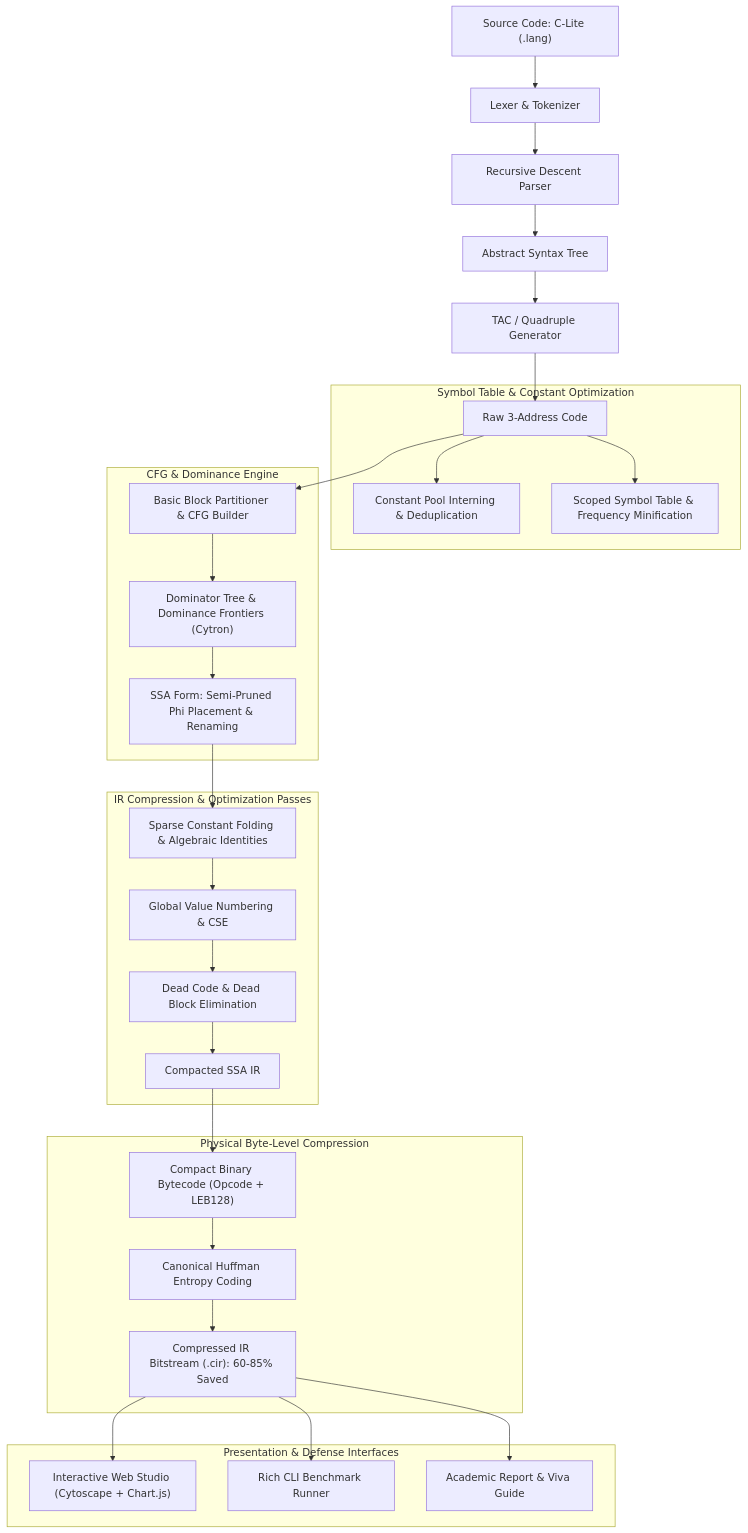
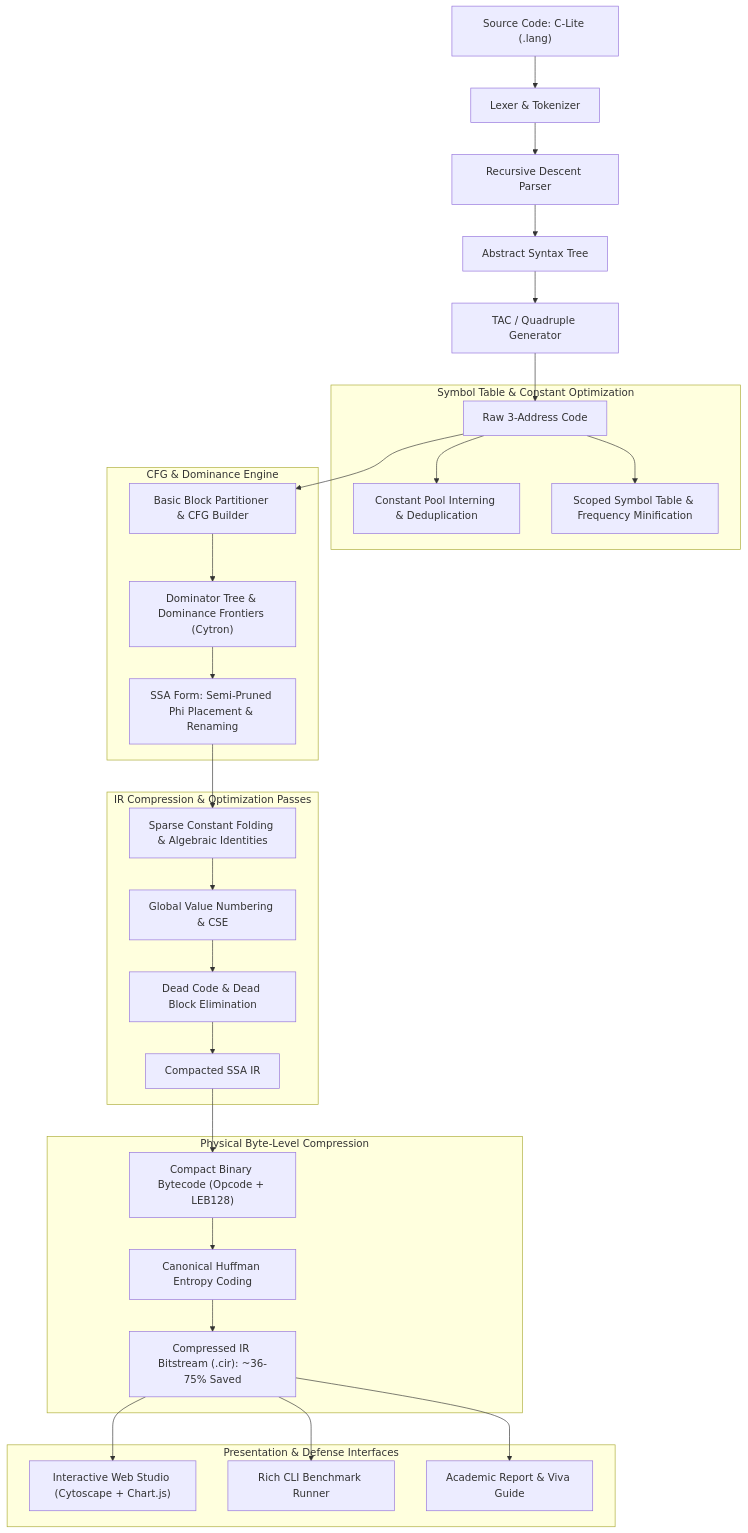
Before and after one commit to rishbCLN/compiler_project: the diagram in README.md, drawn with Mermaid. The commit also changed other lines of this file and 47 other files, not shown here.

````diff
--- a/README.md
+++ b/README.md
@@ -21,38 +21,38 @@
 ```mermaid
 flowchart TD
     Src["Source Code: C-Lite (.lang)"] --> Lexer["Lexer & Tokenizer"]
     Lexer --> Parser["Recursive Descent Parser"]
     Parser --> AST["Abstract Syntax Tree"]
     AST --> TACGen["TAC / Quadruple Generator"]
     TACGen --> RawIR["Raw 3-Address Code"]
 
     subgraph MemoryOptimization ["Symbol Table & Constant Optimization"]
         RawIR --> ConstPool["Constant Pool Interning & Deduplication"]
         RawIR --> SymTable["Scoped Symbol Table & Frequency Minification"]
     end
 
     subgraph CFGEngine ["CFG & Dominance Engine"]
         RawIR --> CFG["Basic Block Partitioner & CFG Builder"]
         CFG --> DomTree["Dominator Tree & Dominance Frontiers (Cytron)"]
         DomTree --> SSA["SSA Form: Semi-Pruned Phi Placement & Renaming"]
     end
 
     subgraph OptimizationPasses ["IR Compression & Optimization Passes"]
         SSA --> ConstFold["Sparse Constant Folding & Algebraic Identities"]
         ConstFold --> GVN["Global Value Numbering & CSE"]
         GVN --> DCE["Dead Code & Dead Block Elimination"]
         DCE --> CompactIR["Compacted SSA IR"]
     end
 
     subgraph PhysicalCompression ["Physical Byte-Level Compression"]
         CompactIR --> Bytecode["Compact Binary Bytecode (Opcode + LEB128)"]
         Bytecode --> Huffman["Canonical Huffman Entropy Coding"]
-        Huffman --> CIRFile["Compressed IR Bitstream (.cir): 60-85% Saved"]
+        Huffman --> CIRFile["Compressed IR Bitstream (.cir): ~36-75% Saved"]
     end
 
     subgraph PresentationInterfaces ["Presentation & Defense Interfaces"]
         CIRFile --> WebUI["Interactive Web Studio (Cytoscape + Chart.js)"]
         CIRFile --> CLI["Rich CLI Benchmark Runner"]
         CIRFile --> Report["Academic Report & Viva Guide"]
     end
 ```
````
